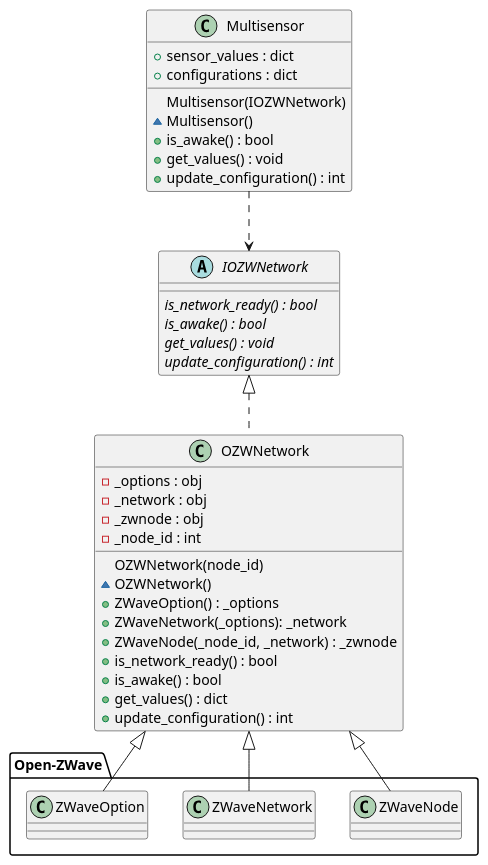
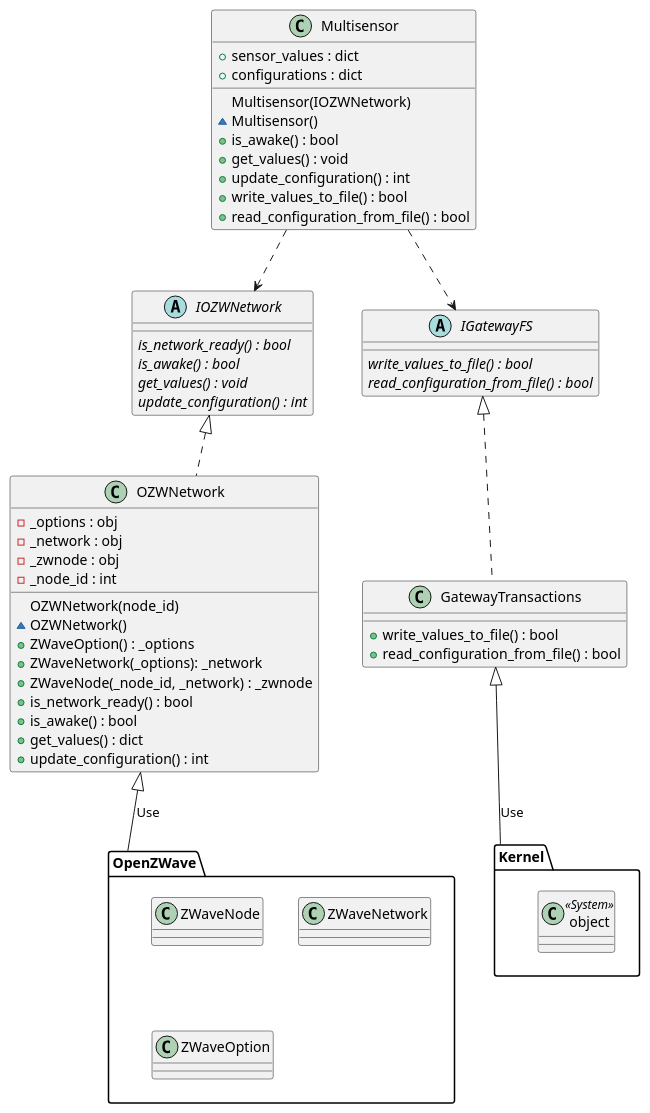
Before and after one commit to AU-PRO5-Rem/ReMoniProject: the diagram in doc/class_multisensor.iuml, drawn with PlantUML. The commit also changed 6 other files, not shown here.

```diff
--- a/doc/class_multisensor.iuml
+++ b/doc/class_multisensor.iuml
@@ -1,49 +1,67 @@
 @startuml Multisensor
 
 abstract class IOZWNetwork {
     {abstract} is_network_ready() : bool
     {abstract} is_awake() : bool
     {abstract} get_values() : void
     {abstract} update_configuration() : int
 }
+
+abstract class IGatewayFS {
+    {abstract} write_values_to_file() : bool
+    {abstract} read_configuration_from_file() : bool
+}
+
+class GatewayTransactions implements IGatewayFS {
++ write_values_to_file() : bool
++ read_configuration_from_file() : bool
+}
+
+package Kernel {
+  class object<< System >>
+}
+
 
 class Multisensor {
     + sensor_values : dict
     + configurations : dict
 
       Multisensor(IOZWNetwork)
     ~ Multisensor()
     + is_awake() : bool
     + get_values() : void
     + update_configuration() : int
+    + write_values_to_file() : bool
+    + read_configuration_from_file() : bool
 
 }
 
 class OZWNetwork implements IOZWNetwork {
   - _options : obj
   - _network : obj
   - _zwnode : obj
   - _node_id : int
   OZWNetwork(node_id)
   ~OZWNetwork()
   + ZWaveOption() : _options
   + ZWaveNetwork(_options): _network 
   + ZWaveNode(_node_id, _network) : _zwnode
   + is_network_ready() : bool
   + is_awake() : bool
   + get_values() : dict
   + update_configuration() : int
 }
 
-package Open-ZWave <<Folder>> {
+package OpenZWave <<Folder>> {
   class ZWaveNode
   class ZWaveNetwork
   class ZWaveOption
 }
 
 Multisensor ..> IOZWNetwork
-OZWNetwork <|-- ZWaveNetwork
-OZWNetwork <|-- ZWaveNode
-OZWNetwork <|-- ZWaveOption
+OZWNetwork <|-- OpenZWave : Use
+Multisensor ..> IGatewayFS
+GatewayTransactions <|-- Kernel : Use
+
 
 @enduml
```
